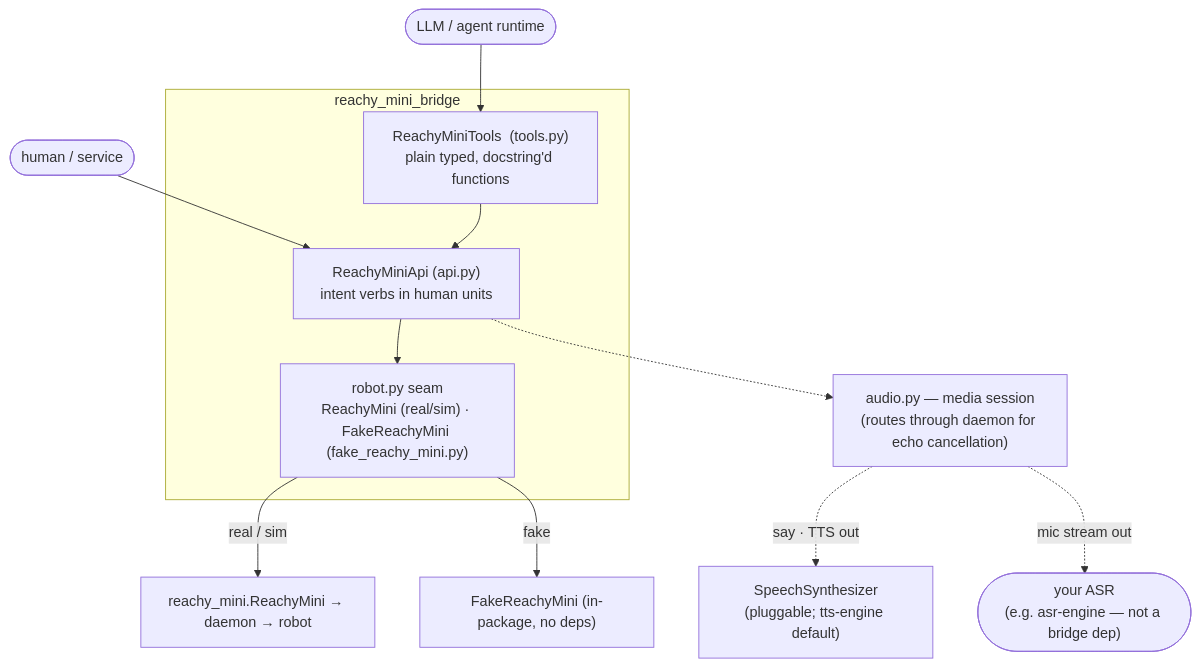
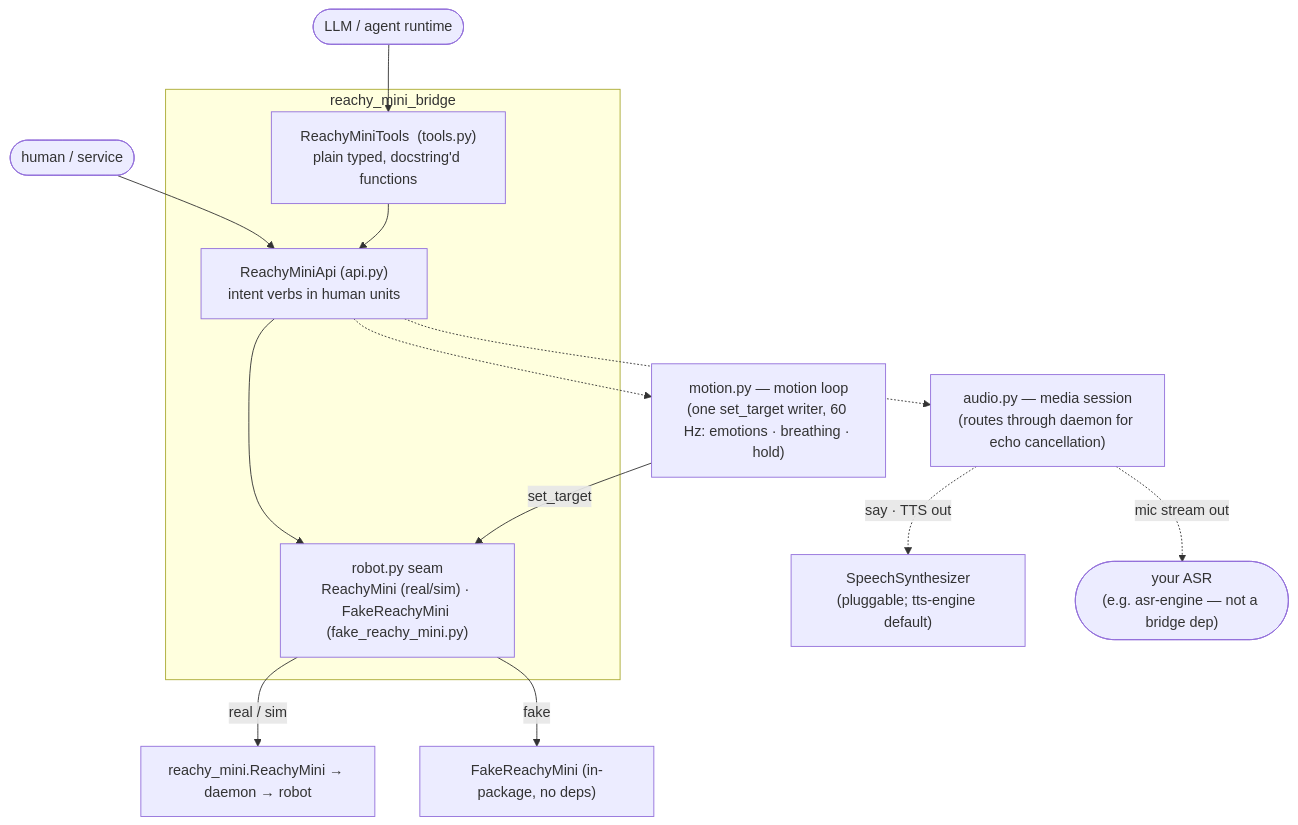
Before and after one commit to funwithagents/reachy-mini-bridge: the diagram in specs/_overview.md, drawn with Mermaid. The commit also changed other lines of this file and 21 other files, not shown here.

````diff
--- a/specs/_overview.md
+++ b/specs/_overview.md
@@ -13,16 +13,18 @@
 ```mermaid
 flowchart TD
     agent([LLM / agent runtime]) --> tools
     caller([human / service]) --> api
     subgraph bridge["reachy_mini_bridge"]
         tools["ReachyMiniTools  (tools.py)<br/>plain typed, docstring'd functions"]
         api["ReachyMiniApi  (api.py)<br/>intent verbs in human units"]
         client["robot.py seam<br/>ReachyMini (real/sim) · FakeReachyMini (fake_reachy_mini.py)"]
         tools --> api --> client
     end
     client -->|real / sim| upstream["reachy_mini.ReachyMini → daemon → robot"]
     client -->|fake| fake["FakeReachyMini (in-package, no deps)"]
     api -.-> audio["audio.py — media session<br/>(routes through daemon for echo cancellation)"]
+    api -.-> motion["motion.py — motion loop<br/>(one set_target writer, 60 Hz: emotions · breathing · hold)"]
+    motion -->|set_target| client
     audio -.->|say · TTS out| synth["SpeechSynthesizer<br/>(pluggable; tts-engine default)"]
     audio -.->|mic stream out| yourasr(["your ASR<br/>(e.g. asr-engine — not a bridge dep)"])
 ```
````
